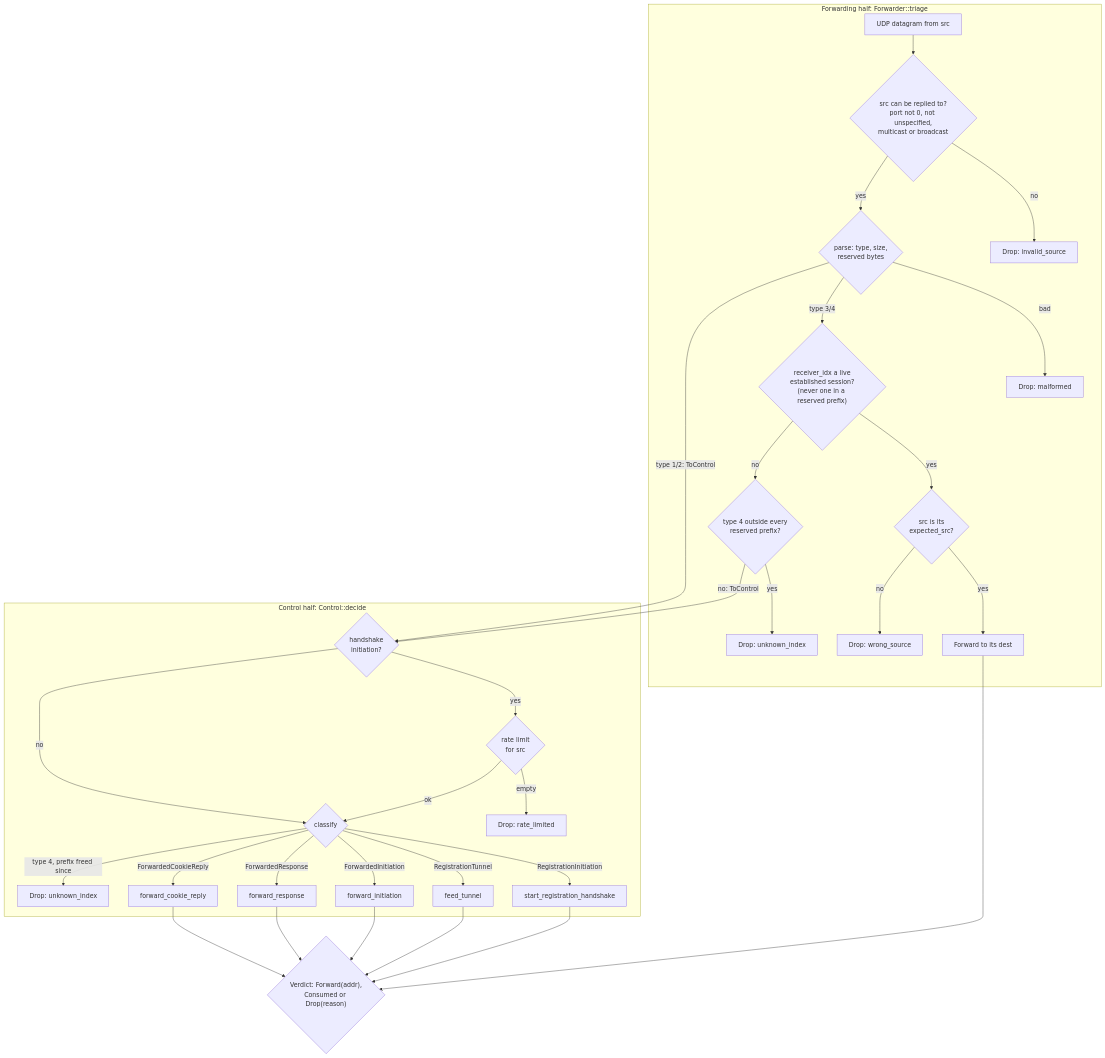
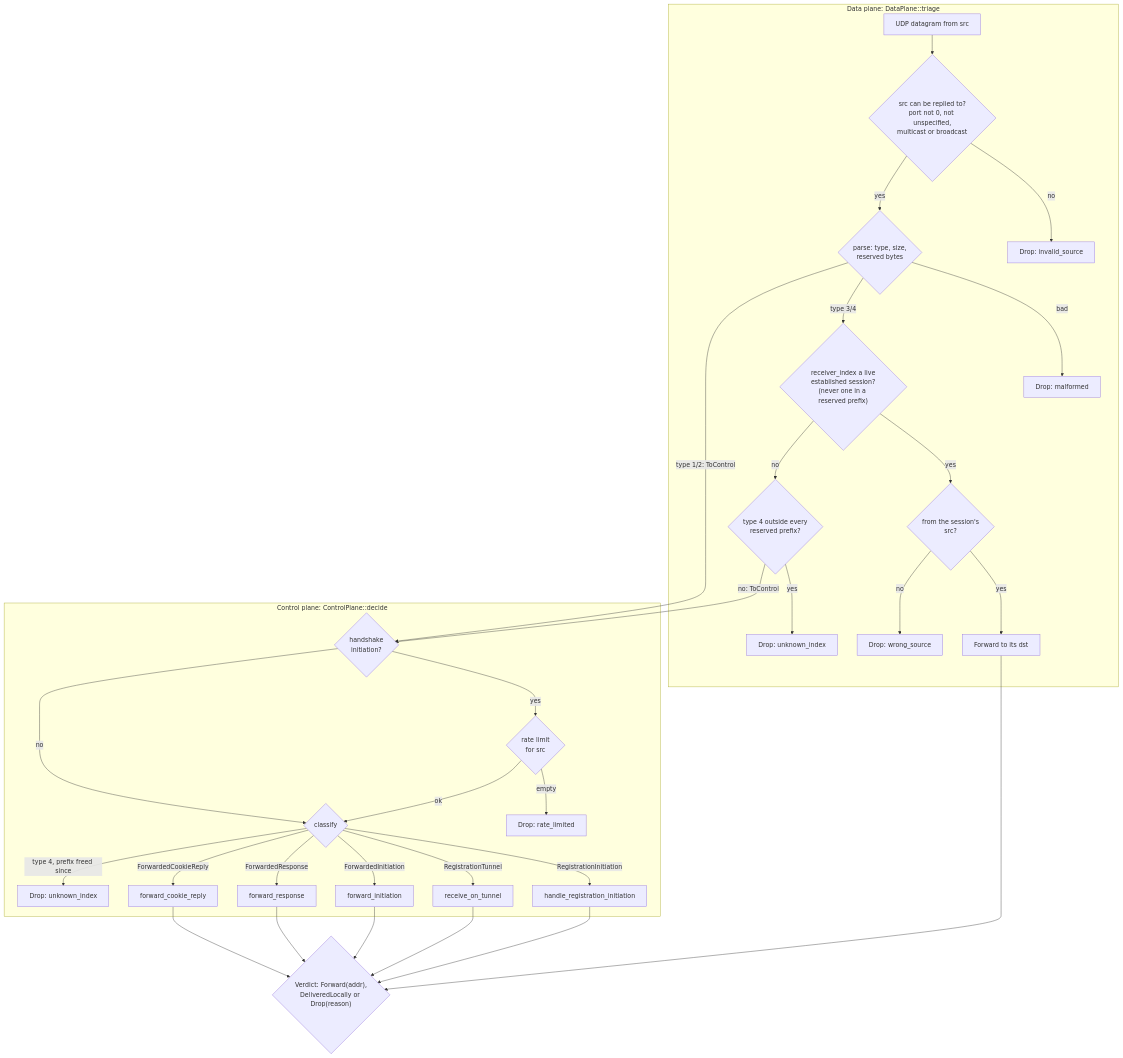
One commit to 3alpha/wg-relay changed diagram 15 of 23 in docs/how-it-works.md. Above: the diagram before and after it, drawn with Mermaid. The commit also changed other lines of this file and 46 other files, not shown here.

````diff
--- a/docs/how-it-works.md
+++ b/docs/how-it-works.md
@@ -539,36 +541,36 @@
 ```mermaid
 flowchart TD
-    subgraph fwd["Forwarding half: Forwarder::triage"]
+    subgraph fwd["Data plane: DataPlane::triage"]
         IN["UDP datagram from src"] --> SV{"src can be replied to?<br/>port not 0, not unspecified,<br/>multicast or broadcast"}
         SV -- no --> D0["Drop: invalid_source"]
         SV -- yes --> P{"parse: type, size,<br/>reserved bytes"}
         P -- bad --> M["Drop: malformed"]
-        P -- "type 3/4" --> FO{"receiver_idx a live<br/>established session?<br/>(never one in a reserved prefix)"}
-        FO -- yes --> FS{"src is its<br/>expected_src?"}
-        FS -- yes --> FW["Forward to its dest"]
+        P -- "type 3/4" --> FO{"receiver_index a live<br/>established session?<br/>(never one in a reserved prefix)"}
+        FO -- yes --> FS{"from the session's<br/>src?"}
+        FS -- yes --> FW["Forward to its dst"]
         FS -- no --> D3["Drop: wrong_source"]
         FO -- no --> RP{"type 4 outside every<br/>reserved prefix?"}
         RP -- yes --> D4["Drop: unknown_index"]
     end
-    subgraph ctl["Control half: Control::decide"]
+    subgraph ctl["Control plane: ControlPlane::decide"]
         T{"handshake<br/>initiation?"}
         T -- yes --> RL{"rate limit<br/>for src"}
         RL -- empty --> D1["Drop: rate_limited"]
         RL -- ok --> C{"classify"}
         T -- no --> C
-        C -- "RegistrationInitiation" --> REG["start_registration_handshake"]
-        C -- "RegistrationTunnel" --> TR["feed_tunnel"]
+        C -- "RegistrationInitiation" --> REG["handle_registration_initiation"]
+        C -- "RegistrationTunnel" --> TR["receive_on_tunnel"]
         C -- "ForwardedInitiation" --> FI["forward_initiation"]
         C -- "ForwardedResponse" --> FR["forward_response"]
         C -- "ForwardedCookieReply" --> FC["forward_cookie_reply"]
         C -- "type 4, prefix freed since" --> D5["Drop: unknown_index"]
     end
     P -- "type 1/2: ToControl" --> T
     RP -- "no: ToControl" --> T
-    FW --> V{"Verdict: Forward(addr),<br/>Consumed or Drop(reason)"}
+    FW --> V{"Verdict: Forward(addr),<br/>DeliveredLocally or Drop(reason)"}
     REG --> V
     TR --> V
     FI --> V
     FR --> V
     FC --> V
 ```
````
